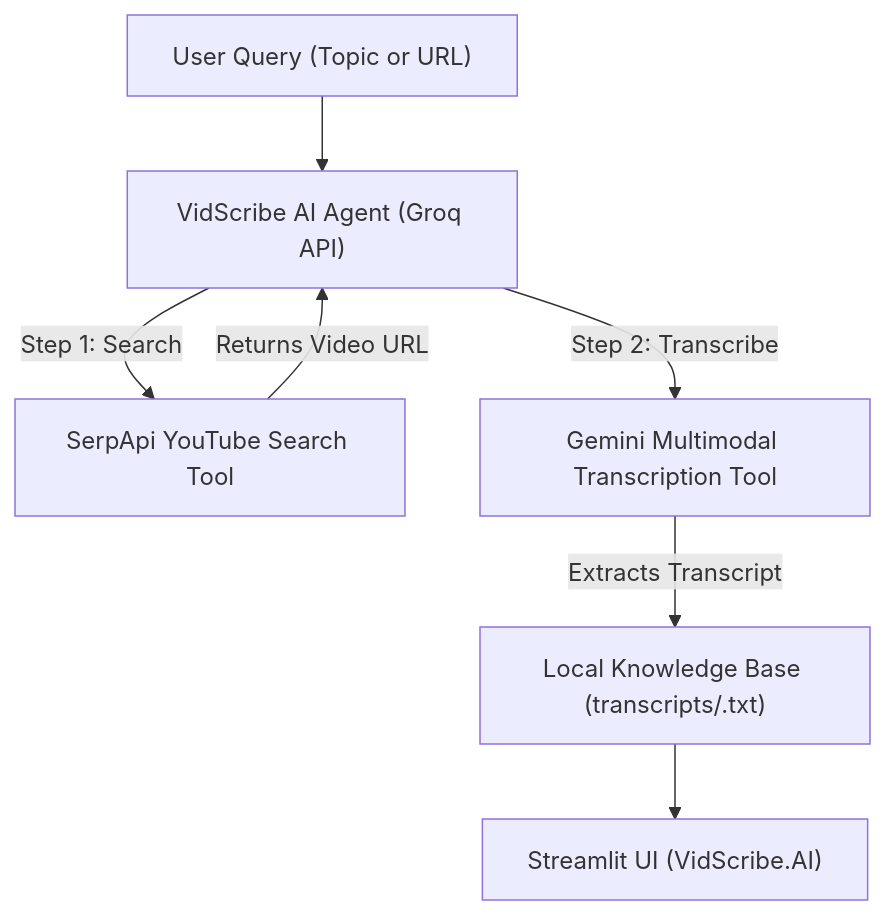
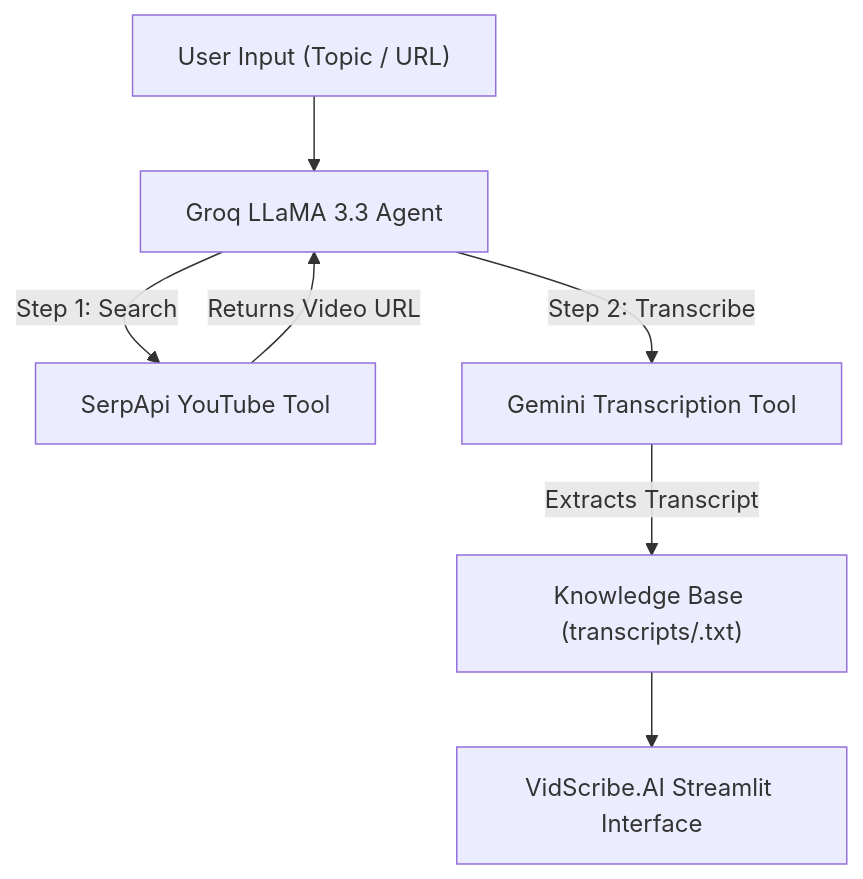
Before and after one commit to Arslan-Codes097/YouTube-Video-Search-Transcription-AI-Agent-: the diagram in README.md, drawn with Mermaid. The commit also changed other lines of this file, not shown here.

Commit message:
Upgrade README with shields.io badges, screenshots section, architecture diagram, and author credits

````diff
--- a/README.md
+++ b/README.md
@@ -31,9 +66,9 @@
 ```mermaid
 flowchart TD
-    User["User Query (Topic or URL)"] --> Agent["VidScribe AI Agent (Groq API)"]
-    Agent -->|Step 1: Search| SerpApi["SerpApi YouTube Search Tool"]
+    User["User Input (Topic / URL)"] --> Agent["Groq LLaMA 3.3 Agent"]
+    Agent -->|Step 1: Search| SerpApi["SerpApi YouTube Tool"]
     SerpApi -->|Returns Video URL| Agent
-    Agent -->|Step 2: Transcribe| Gemini["Gemini Multimodal Transcription Tool"]
-    Gemini -->|Extracts Transcript| KB["Local Knowledge Base (transcripts/<video_id>.txt)"]
-    KB --> UI["Streamlit UI (VidScribe.AI)"]
+    Agent -->|Step 2: Transcribe| Gemini["Gemini Transcription Tool"]
+    Gemini -->|Extracts Transcript| KB["Knowledge Base (transcripts/<video_id>.txt)"]
+    KB --> UI["VidScribe.AI Streamlit Interface"]
 ```
````
